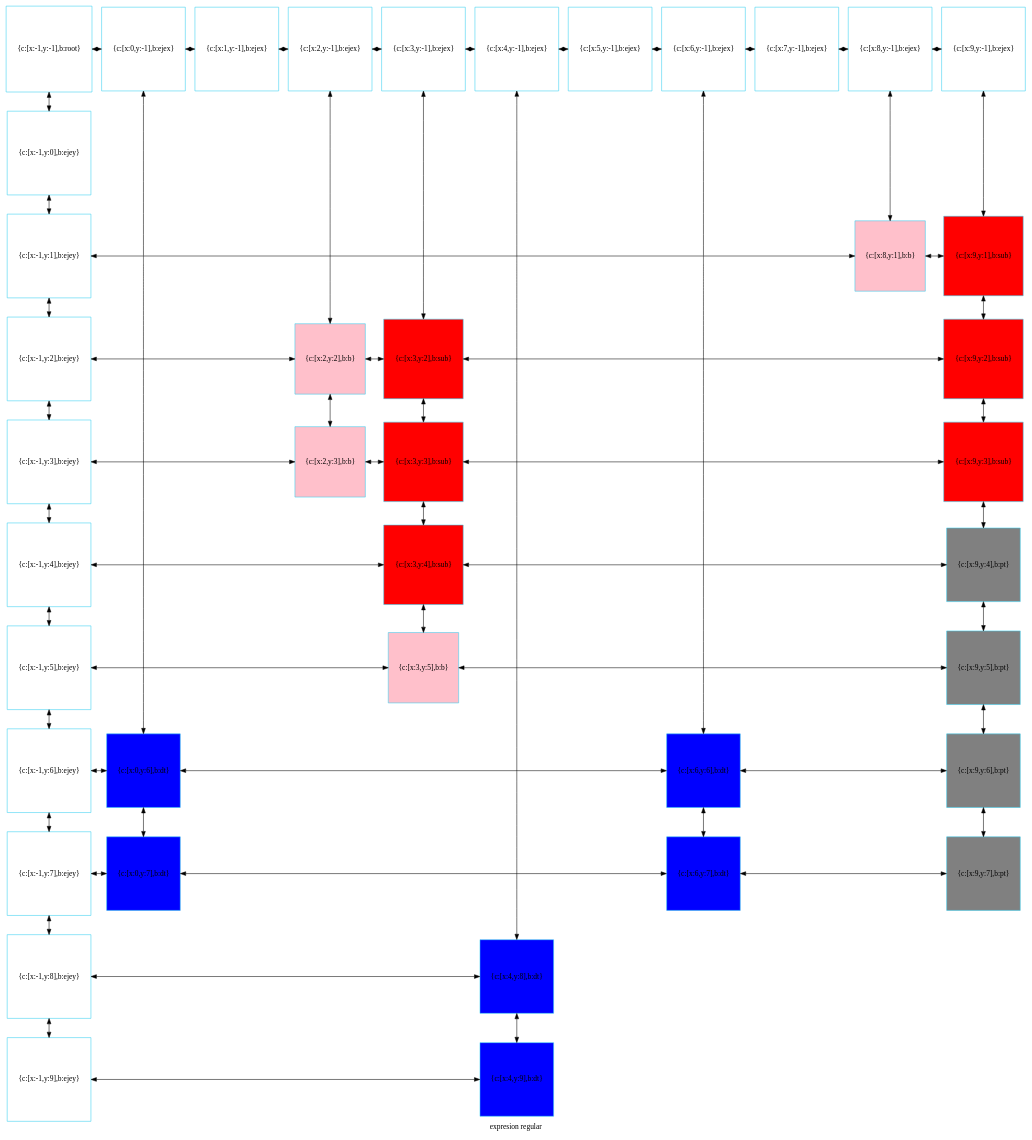
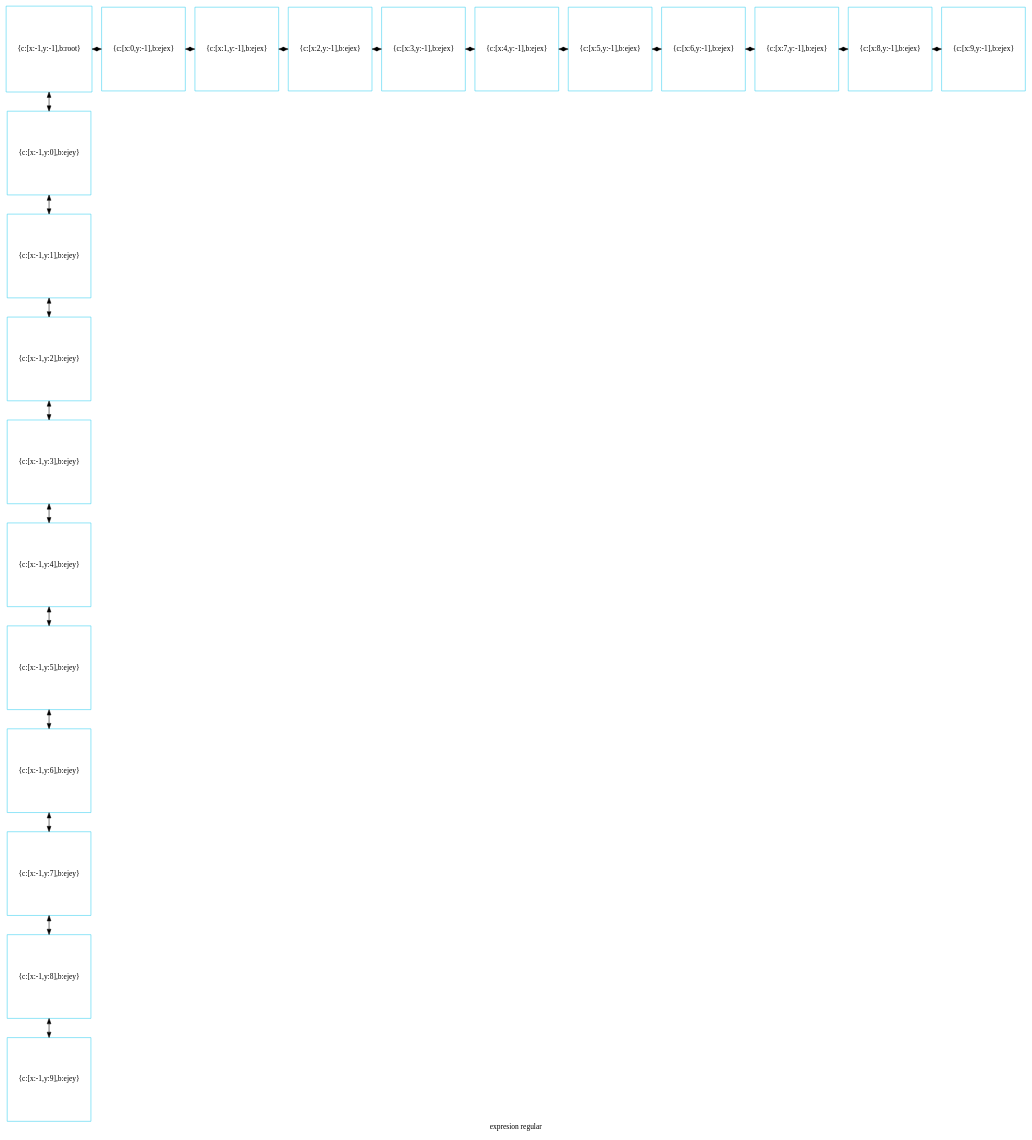
One commit to betebetoven/EDDS2F2 changed the diagram in compu.dot. Above: the diagram before and after it, drawn with Graphviz. The commit also changed 30 other files, not shown here.

```diff
--- a/compu.dot
+++ b/compu.dot
@@ -1,121 +1,61 @@
 digraph G
 {label="expresion regular"
         node[shape = square]
         node[style = filled]
         node[fillcolor = "#EEEEE"]
         node[color = "#EEEEE"]
         node[color = "#31CEF0"]
 
-2084961903200[label="{c:[x:-1,y:-1],b:root}",fillcolor = "white"]
-2084961905696[label="{c:[x:0,y:-1],b:ejex}",fillcolor = "white"]
-2084961905648[label="{c:[x:1,y:-1],b:ejex}",fillcolor = "white"]
-2084961906848[label="{c:[x:2,y:-1],b:ejex}",fillcolor = "white"]
-2084961906368[label="{c:[x:3,y:-1],b:ejex}",fillcolor = "white"]
-2084961905936[label="{c:[x:4,y:-1],b:ejex}",fillcolor = "white"]
-2084961907040[label="{c:[x:5,y:-1],b:ejex}",fillcolor = "white"]
-2084961907184[label="{c:[x:6,y:-1],b:ejex}",fillcolor = "white"]
-2084961907328[label="{c:[x:7,y:-1],b:ejex}",fillcolor = "white"]
-2084961907472[label="{c:[x:8,y:-1],b:ejex}",fillcolor = "white"]
-2084961907616[label="{c:[x:9,y:-1],b:ejex}",fillcolor = "white"]
-2084961907760[label="{c:[x:-1,y:0],b:ejey}",fillcolor = "white"]
-2084961907904[label="{c:[x:-1,y:1],b:ejey}",fillcolor = "white"]
-2084962324672[label="{c:[x:8,y:1],b:b}",fillcolor = "pink"]
-2084961910640[label="{c:[x:9,y:1],b:sub}",fillcolor = "red"]
-2084961908048[label="{c:[x:-1,y:2],b:ejey}",fillcolor = "white"]
-2084962323664[label="{c:[x:2,y:2],b:b}",fillcolor = "pink"]
-2084962321312[label="{c:[x:3,y:2],b:sub}",fillcolor = "red"]
-2084962320640[label="{c:[x:9,y:2],b:sub}",fillcolor = "red"]
-2084961908192[label="{c:[x:-1,y:3],b:ejey}",fillcolor = "white"]
-2084962325008[label="{c:[x:2,y:3],b:b}",fillcolor = "pink"]
-2084962321648[label="{c:[x:3,y:3],b:sub}",fillcolor = "red"]
-2084962320976[label="{c:[x:9,y:3],b:sub}",fillcolor = "red"]
-2084961908336[label="{c:[x:-1,y:4],b:ejey}",fillcolor = "white"]
-2084962321984[label="{c:[x:3,y:4],b:sub}",fillcolor = "red"]
-2084961909536[label="{c:[x:9,y:4],b:pt}",fillcolor = "gray"]
-2084961908480[label="{c:[x:-1,y:5],b:ejey}",fillcolor = "white"]
-2084962325344[label="{c:[x:3,y:5],b:b}",fillcolor = "pink"]
-2084961910112[label="{c:[x:9,y:5],b:pt}",fillcolor = "gray"]
-2084961908624[label="{c:[x:-1,y:6],b:ejey}",fillcolor = "white"]
-2084962322320[label="{c:[x:0,y:6],b:dt}",fillcolor = "blue"]
-2084962323712[label="{c:[x:6,y:6],b:dt}",fillcolor = "blue"]
-2084961909632[label="{c:[x:9,y:6],b:pt}",fillcolor = "gray"]
-2084961908768[label="{c:[x:-1,y:7],b:ejey}",fillcolor = "white"]
-2084962322656[label="{c:[x:0,y:7],b:dt}",fillcolor = "blue"]
-2084962324048[label="{c:[x:6,y:7],b:dt}",fillcolor = "blue"]
-2084961909392[label="{c:[x:9,y:7],b:pt}",fillcolor = "gray"]
-2084961908912[label="{c:[x:-1,y:8],b:ejey}",fillcolor = "white"]
-2084962322992[label="{c:[x:4,y:8],b:dt}",fillcolor = "blue"]
-2084961909056[label="{c:[x:-1,y:9],b:ejey}",fillcolor = "white"]
-2084962323328[label="{c:[x:4,y:9],b:dt}",fillcolor = "blue"]
-2084961903200->2084961907760[dir = both];
-2084961907760->2084961907904[dir = both];
-2084961907904->2084961908048[dir = both];
-2084961908048->2084961908192[dir = both];
-2084961908192->2084961908336[dir = both];
-2084961908336->2084961908480[dir = both];
-2084961908480->2084961908624[dir = both];
-2084961908624->2084961908768[dir = both];
-2084961908768->2084961908912[dir = both];
-2084961908912->2084961909056[dir = both];
-2084961905696->2084962322320[dir = both];
-2084962322320->2084962322656[dir = both];
-2084961906848->2084962323664[dir = both];
-2084962323664->2084962325008[dir = both];
-2084961906368->2084962321312[dir = both];
-2084962321312->2084962321648[dir = both];
-2084962321648->2084962321984[dir = both];
-2084962321984->2084962325344[dir = both];
-2084961905936->2084962322992[dir = both];
-2084962322992->2084962323328[dir = both];
-2084961907184->2084962323712[dir = both];
-2084962323712->2084962324048[dir = both];
-2084961907472->2084962324672[dir = both];
-2084961907616->2084961910640[dir = both];
-2084961910640->2084962320640[dir = both];
-2084962320640->2084962320976[dir = both];
-2084962320976->2084961909536[dir = both];
-2084961909536->2084961910112[dir = both];
-2084961910112->2084961909632[dir = both];
-2084961909632->2084961909392[dir = both];
-2084961903200->2084961905696[dir = both];
-2084961905696->2084961905648[dir = both];
-2084961905648->2084961906848[dir = both];
-2084961906848->2084961906368[dir = both];
-2084961906368->2084961905936[dir = both];
-2084961905936->2084961907040[dir = both];
-2084961907040->2084961907184[dir = both];
-2084961907184->2084961907328[dir = both];
-2084961907328->2084961907472[dir = both];
-2084961907472->2084961907616[dir = both];
-2084961907904->2084962324672[constraint=false,dir = both];
-2084962324672->2084961910640[constraint=false,dir = both];
-2084961908048->2084962323664[constraint=false,dir = both];
-2084962323664->2084962321312[constraint=false,dir = both];
-2084962321312->2084962320640[constraint=false,dir = both];
-2084961908192->2084962325008[constraint=false,dir = both];
-2084962325008->2084962321648[constraint=false,dir = both];
-2084962321648->2084962320976[constraint=false,dir = both];
-2084961908336->2084962321984[constraint=false,dir = both];
-2084962321984->2084961909536[constraint=false,dir = both];
-2084961908480->2084962325344[constraint=false,dir = both];
-2084962325344->2084961910112[constraint=false,dir = both];
-2084961908624->2084962322320[constraint=false,dir = both];
-2084962322320->2084962323712[constraint=false,dir = both];
-2084962323712->2084961909632[constraint=false,dir = both];
-2084961908768->2084962322656[constraint=false,dir = both];
-2084962322656->2084962324048[constraint=false,dir = both];
-2084962324048->2084961909392[constraint=false,dir = both];
-2084961908912->2084962322992[constraint=false,dir = both];
-2084961909056->2084962323328[constraint=false,dir = both];
- {rank=same; 2084961903200;2084961905696;2084961905648;2084961906848;2084961906368;2084961905936;2084961907040;2084961907184;2084961907328;2084961907472;2084961907616;}
- {rank=same; 2084961907760;}
- {rank=same; 2084961907904;2084962324672;2084961910640;}
- {rank=same; 2084961908048;2084962323664;2084962321312;2084962320640;}
- {rank=same; 2084961908192;2084962325008;2084962321648;2084962320976;}
- {rank=same; 2084961908336;2084962321984;2084961909536;}
- {rank=same; 2084961908480;2084962325344;2084961910112;}
- {rank=same; 2084961908624;2084962322320;2084962323712;2084961909632;}
- {rank=same; 2084961908768;2084962322656;2084962324048;2084961909392;}
- {rank=same; 2084961908912;2084962322992;}
- {rank=same; 2084961909056;2084962323328;}
+1731289409248[label="{c:[x:-1,y:-1],b:root}",fillcolor = "white"]
+1731289409632[label="{c:[x:0,y:-1],b:ejex}",fillcolor = "white"]
+1731289409344[label="{c:[x:1,y:-1],b:ejex}",fillcolor = "white"]
+1731289410544[label="{c:[x:2,y:-1],b:ejex}",fillcolor = "white"]
+1731289409776[label="{c:[x:3,y:-1],b:ejex}",fillcolor = "white"]
+1731289410688[label="{c:[x:4,y:-1],b:ejex}",fillcolor = "white"]
+1731289410832[label="{c:[x:5,y:-1],b:ejex}",fillcolor = "white"]
+1731289410976[label="{c:[x:6,y:-1],b:ejex}",fillcolor = "white"]
+1731289411120[label="{c:[x:7,y:-1],b:ejex}",fillcolor = "white"]
+1731289411264[label="{c:[x:8,y:-1],b:ejex}",fillcolor = "white"]
+1731289411408[label="{c:[x:9,y:-1],b:ejex}",fillcolor = "white"]
+1731289411552[label="{c:[x:-1,y:0],b:ejey}",fillcolor = "white"]
+1731289411696[label="{c:[x:-1,y:1],b:ejey}",fillcolor = "white"]
+1731289411840[label="{c:[x:-1,y:2],b:ejey}",fillcolor = "white"]
+1731289411984[label="{c:[x:-1,y:3],b:ejey}",fillcolor = "white"]
+1731289412128[label="{c:[x:-1,y:4],b:ejey}",fillcolor = "white"]
+1731289412272[label="{c:[x:-1,y:5],b:ejey}",fillcolor = "white"]
+1731289412416[label="{c:[x:-1,y:6],b:ejey}",fillcolor = "white"]
+1731289412560[label="{c:[x:-1,y:7],b:ejey}",fillcolor = "white"]
+1731289412704[label="{c:[x:-1,y:8],b:ejey}",fillcolor = "white"]
+1731289412848[label="{c:[x:-1,y:9],b:ejey}",fillcolor = "white"]
+1731289409248->1731289411552[dir = both];
+1731289411552->1731289411696[dir = both];
+1731289411696->1731289411840[dir = both];
+1731289411840->1731289411984[dir = both];
+1731289411984->1731289412128[dir = both];
+1731289412128->1731289412272[dir = both];
+1731289412272->1731289412416[dir = both];
+1731289412416->1731289412560[dir = both];
+1731289412560->1731289412704[dir = both];
+1731289412704->1731289412848[dir = both];
+1731289409248->1731289409632[dir = both];
+1731289409632->1731289409344[dir = both];
+1731289409344->1731289410544[dir = both];
+1731289410544->1731289409776[dir = both];
+1731289409776->1731289410688[dir = both];
+1731289410688->1731289410832[dir = both];
+1731289410832->1731289410976[dir = both];
+1731289410976->1731289411120[dir = both];
+1731289411120->1731289411264[dir = both];
+1731289411264->1731289411408[dir = both];
+ {rank=same; 1731289409248;1731289409632;1731289409344;1731289410544;1731289409776;1731289410688;1731289410832;1731289410976;1731289411120;1731289411264;1731289411408;}
+ {rank=same; 1731289411552;}
+ {rank=same; 1731289411696;}
+ {rank=same; 1731289411840;}
+ {rank=same; 1731289411984;}
+ {rank=same; 1731289412128;}
+ {rank=same; 1731289412272;}
+ {rank=same; 1731289412416;}
+ {rank=same; 1731289412560;}
+ {rank=same; 1731289412704;}
+ {rank=same; 1731289412848;}
 }
```
